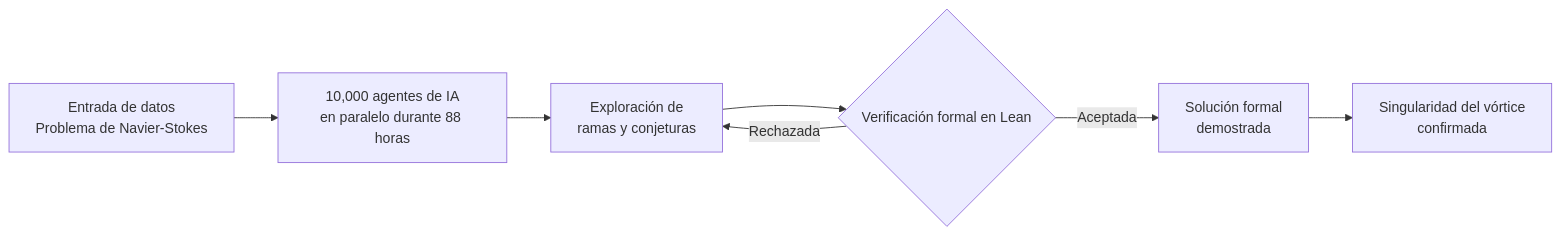
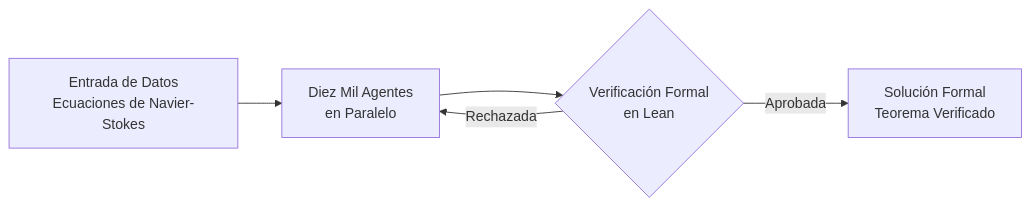
Before and after one commit to jsbaez/jsbaez.github.io: the diagram in _posts/2026-09-08-openai-navier-stokes-solucion.md, drawn with Mermaid. The commit also changed other lines of this file and 1 other file, not shown here.

Commit message:
refactor(blog): refine post and visuals for openai-navier-stokes-solucion based on review

````diff
--- a/_posts/2026-09-08-openai-navier-stokes-solucion.md
+++ b/_posts/2026-09-08-openai-navier-stokes-solucion.md
@@ -42,9 +38,7 @@
 ```mermaid
 flowchart LR
-    A[Entrada de datos<br/>Problema de Navier-Stokes] --> B[10,000 agentes de IA<br/>en paralelo durante 88 horas]
-    B --> C[Exploración de<br/>ramas y conjeturas]
-    C --> D{Verificación formal en Lean}
-    D -->|Rechazada| C
-    D -->|Aceptada| E[Solución formal<br/>demostrada]
-    E --> F[Singularidad del vórtice<br/>confirmada]
+    A[Entrada de Datos<br/>Ecuaciones de Navier-Stokes] --> B[Diez Mil Agentes<br/>en Paralelo]
+    B --> C{Verificación Formal<br/>en Lean}
+    C -->|Aprobada| D[Solución Formal<br/>Teorema Verificado]
+    C -->|Rechazada| B
 ```
````
